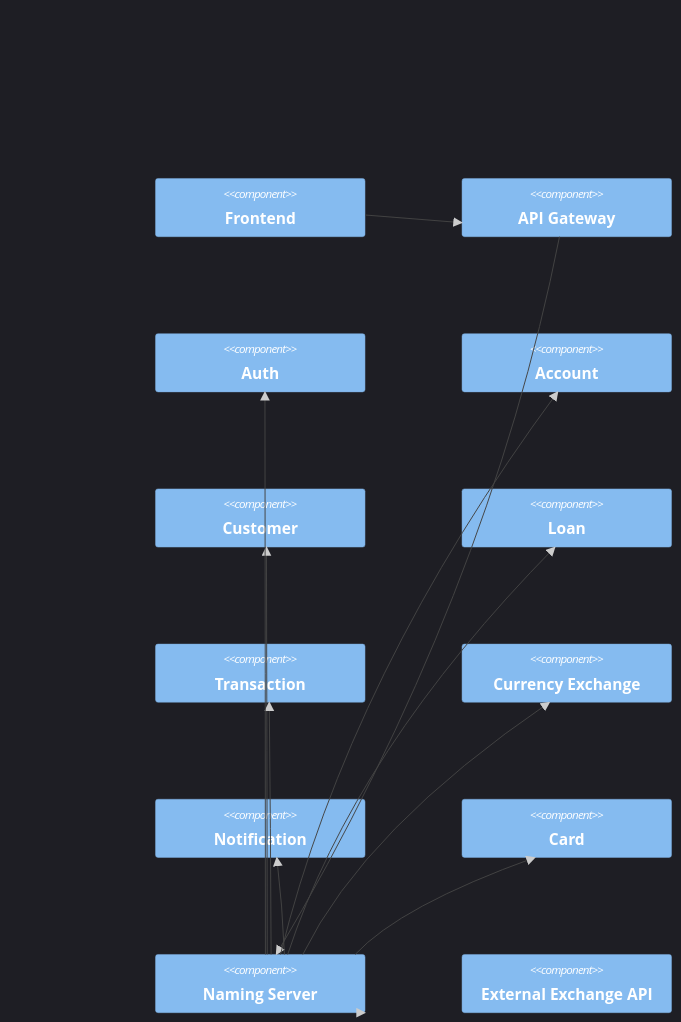
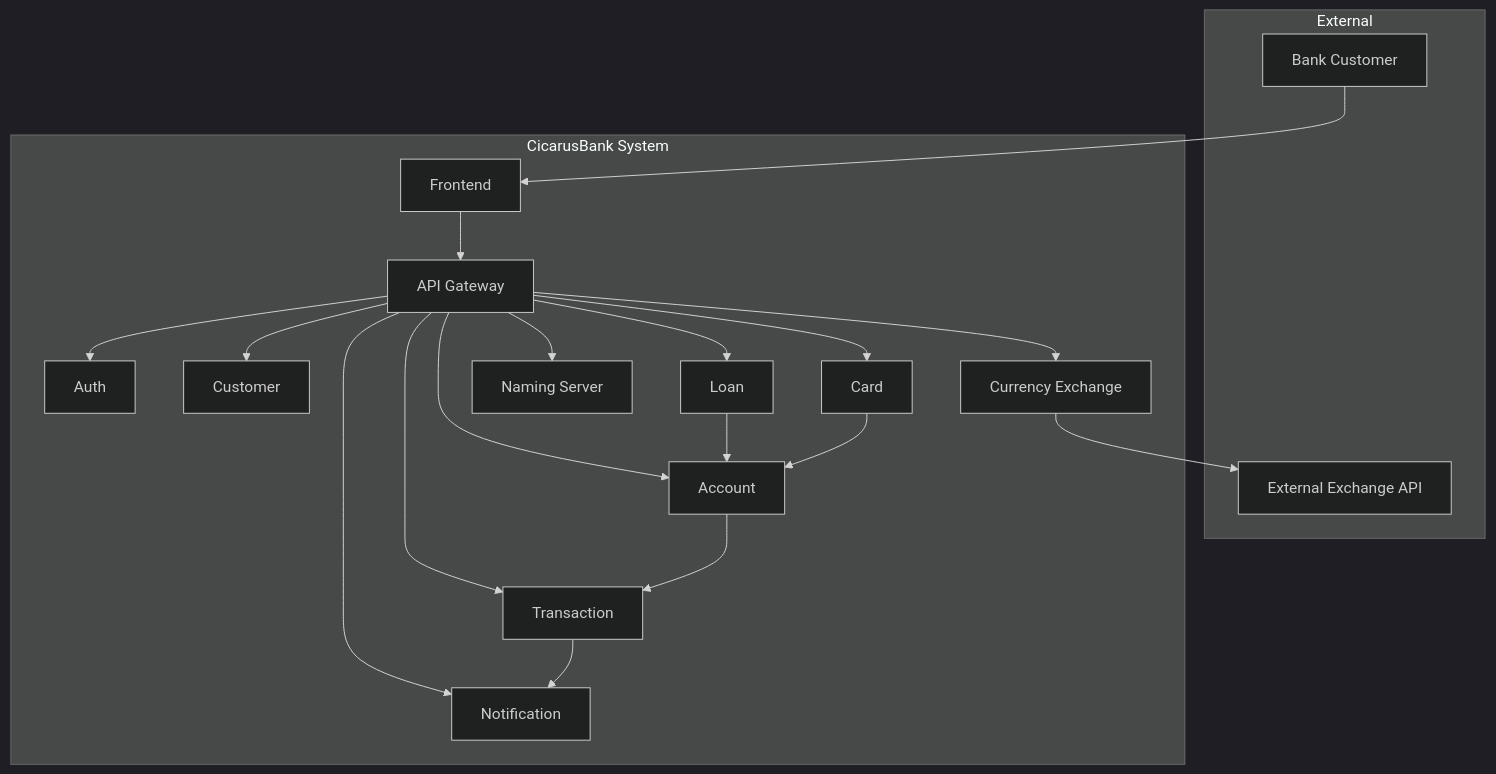
The diagram in README.md (itiro-y/CicarusBank), drawn with Mermaid (dark theme) before and after one commit.

````diff
--- a/README.md
+++ b/README.md
@@ -27,28 +27,41 @@
 ```mermaid
-C4Container
-    Component(frontend, "Frontend")
-    Component(api_gateway, "API Gateway")
-    Component(auth_service, "Auth")
-    Component(account_service, "Account")
-    Component(customer_service, "Customer")
-    Component(loan_service, "Loan")
-    Component(transaction_service, "Transaction")
-    Component(currency_exchange_service, "Currency Exchange")
-    Component(notification_service, "Notification")
-    Component(card_service, "Card")
-    Component(naming_server, "Naming Server")
-    Component(external_exchange_api, "External Exchange API")
+graph TD
+    subgraph "External"
+        user[Bank Customer]
+        external_exchange_api[External Exchange API]
+    end
 
-    Rel(frontend, api_gateway, "")
-    Rel(api_gateway, naming_server, "")
-    Rel(naming_server, account_service, "")
-    Rel(naming_server, customer_service, "")
-    Rel(naming_server, loan_service, "")
-    Rel(naming_server, transaction_service, "")
-    Rel(naming_server, currency_exchange_service, "")
-    Rel(naming_server, notification_service, "")
-    Rel(naming_server, card_service, "")
-    Rel(naming_server, naming_server, "")
-    Rel(naming_server, auth_service, "")
+    subgraph "CicarusBank System"
+        frontend[Frontend]
+        api_gateway[API Gateway]
+        auth_service[Auth]
+        account_service[Account]
+        customer_service[Customer]
+        loan_service[Loan]
+        transaction_service[Transaction]
+        currency_exchange_service[Currency Exchange]
+        notification_service[Notification]
+        card_service[Card]
+        naming_server[Naming Server]
+    end
 
+    user --> frontend
+    frontend --> api_gateway
+
+    api_gateway --> auth_service
+    api_gateway --> account_service
+    api_gateway --> customer_service
+    api_gateway --> loan_service
+    api_gateway --> transaction_service
+    api_gateway --> currency_exchange_service
+    api_gateway --> notification_service
+    api_gateway --> card_service
+    api_gateway --> naming_server
+
+    currency_exchange_service --> external_exchange_api
+
+    account_service --> transaction_service
+    transaction_service --> notification_service
+    loan_service --> account_service
+    card_service --> account_service
 ```
````
